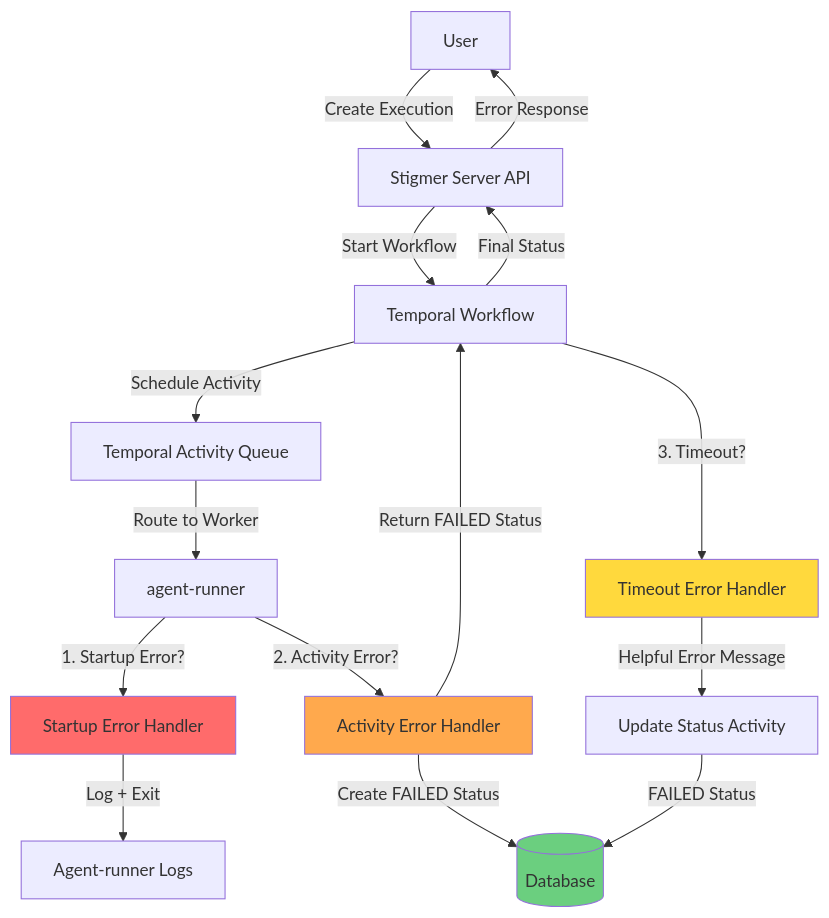
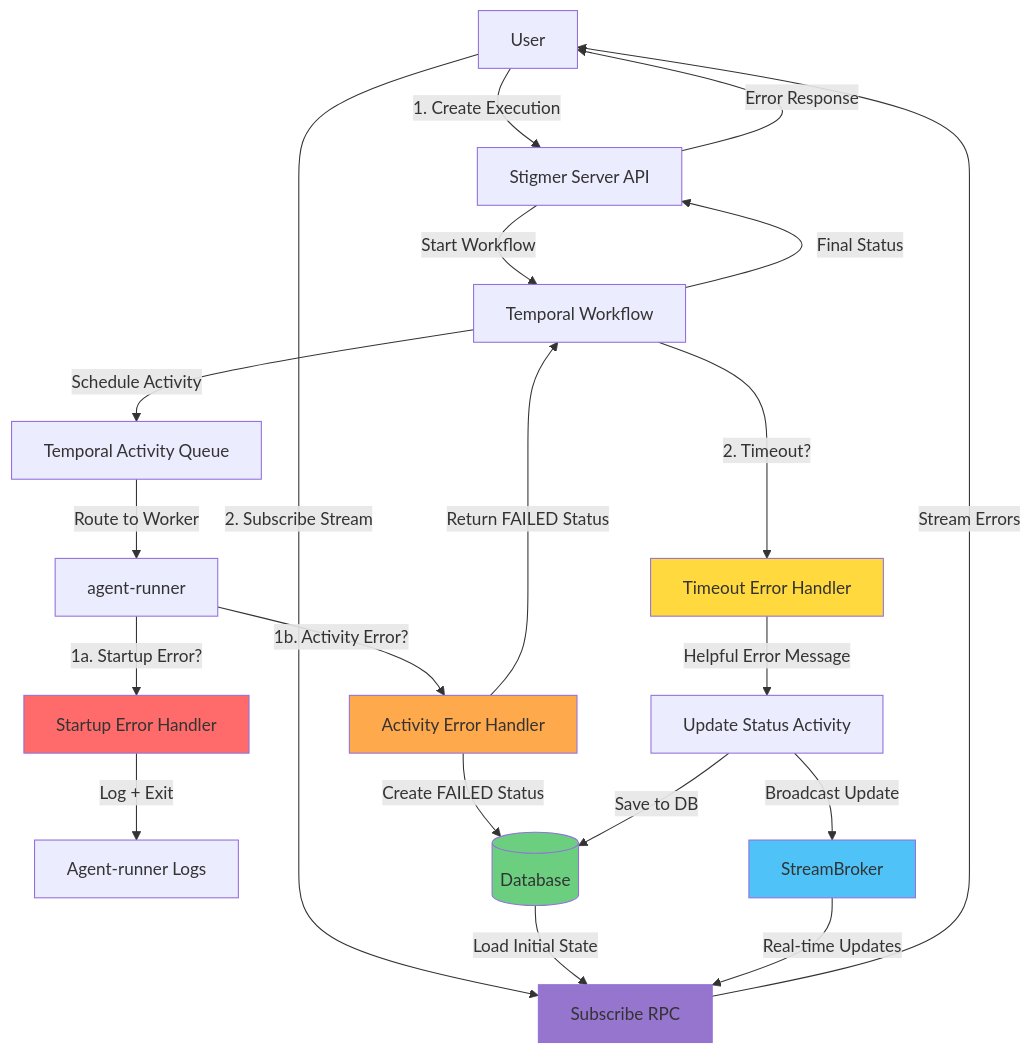
The first of 5 diagrams in docs/architecture/error-propagation.md (stigmer/stigmer), drawn with Mermaid before and after one commit. The commit also changed other lines of this file, not shown here.

First line of the commit message:
docs: update error propagation to include StreamBroker broadcast mechanism

````diff
--- a/docs/architecture/error-propagation.md
+++ b/docs/architecture/error-propagation.md
@@ -113,26 +113,35 @@
 ```mermaid
 flowchart TB
-    User[User] -->|Create Execution| API[Stigmer Server API]
+    User[User] -->|1. Create Execution| API[Stigmer Server API]
+    User -->|2. Subscribe Stream| SUB[Subscribe RPC]
+    
     API -->|Start Workflow| TW[Temporal Workflow]
     TW -->|Schedule Activity| TA[Temporal Activity Queue]
     TA -->|Route to Worker| AR[agent-runner]
     
-    AR -->|1. Startup Error?| SE[Startup Error Handler]
+    AR -->|1a. Startup Error?| SE[Startup Error Handler]
     SE -->|Log + Exit| Logs[Agent-runner Logs]
     
-    AR -->|2. Activity Error?| AE[Activity Error Handler]
+    AR -->|1b. Activity Error?| AE[Activity Error Handler]
     AE -->|Create FAILED Status| DB[(Database)]
     AE -->|Return FAILED Status| TW
     
-    TW -->|3. Timeout?| TE[Timeout Error Handler]
+    TW -->|2. Timeout?| TE[Timeout Error Handler]
     TE -->|Helpful Error Message| US[Update Status Activity]
-    US -->|FAILED Status| DB
+    US -->|Save to DB| DB
+    US -->|Broadcast Update| SB[StreamBroker]
+    
+    DB -->|Load Initial State| SUB
+    SB -->|Real-time Updates| SUB
+    SUB -->|Stream Errors| User
     
     TW -->|Final Status| API
     API -->|Error Response| User
     
     style SE fill:#ff6b6b
     style AE fill:#ffa94d
     style TE fill:#ffd93d
     style DB fill:#6bcf7f
+    style SB fill:#4fc3f7
+    style SUB fill:#9575cd
 ```
````
